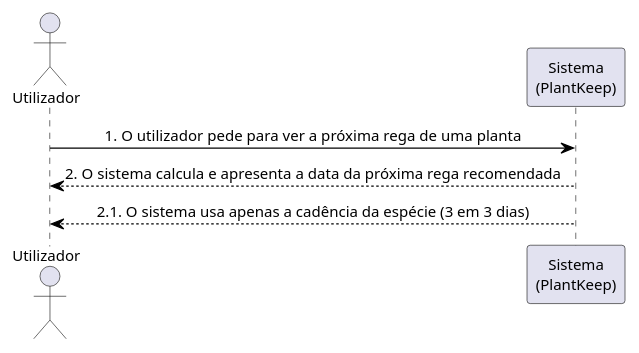
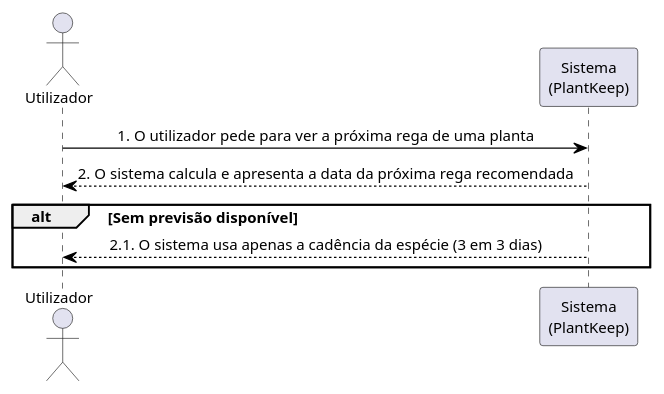
One commit to compaqle/DSSMV_ProjectDroid_1251486_1251506 changed the diagram in .docs/diagramas/SSDs/uc04.puml. Above: the diagram before and after it, drawn with PlantUML. The commit also changed 9 other files, not shown here.

```diff
--- a/.docs/diagramas/SSDs/uc04.puml
+++ b/.docs/diagramas/SSDs/uc04.puml
@@ -1,11 +1,13 @@
 @startuml
 skinparam defaultFontSize 12
 skinparam sequenceMessageAlign center
 skinparam ArrowColor #000000
 skinparam sequenceArrowColor #000000
 actor "Utilizador" as u
 participant "Sistema\n(PlantKeep)" as s
 u -> s : 1. O utilizador pede para ver a próxima rega de uma planta
 s --> u : 2. O sistema calcula e apresenta a data da próxima rega recomendada
-s --> u : 2.1. O sistema usa apenas a cadência da espécie (3 em 3 dias)
+alt Sem previsão disponível
+    s --> u : 2.1. O sistema usa apenas a cadência da espécie (3 em 3 dias)
+end
 @enduml
```
